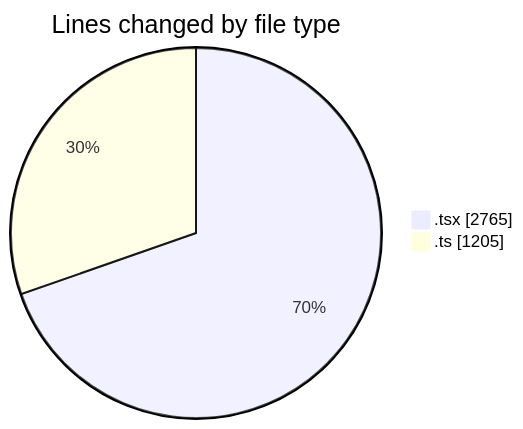
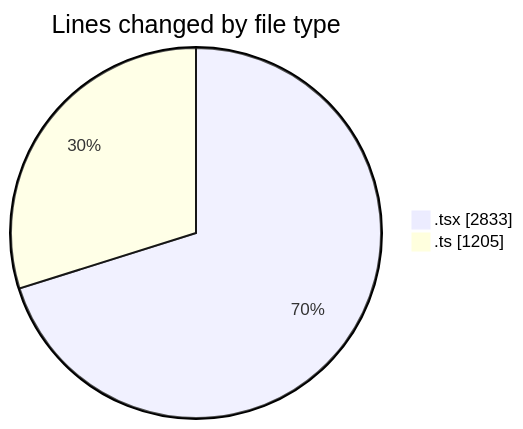
Before and after one commit to nxtqubesakshisongat/code-tracking: the first of 2 diagrams in 2026-02-18/nxtqube_webapp/README.md, drawn with Mermaid. The commit also changed other lines of this file and 1 other file, not shown here.

````diff
--- a/2026-02-18/nxtqube_webapp/README.md
+++ b/2026-02-18/nxtqube_webapp/README.md
@@ -27,6 +27,6 @@
 ```mermaid
 pie showData
 title Lines changed by file type
-".tsx" : 2765
+".tsx" : 2833
 ".ts" : 1205
 ```
````
